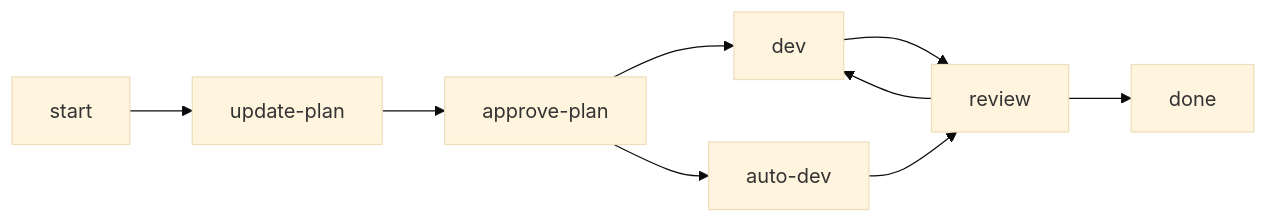
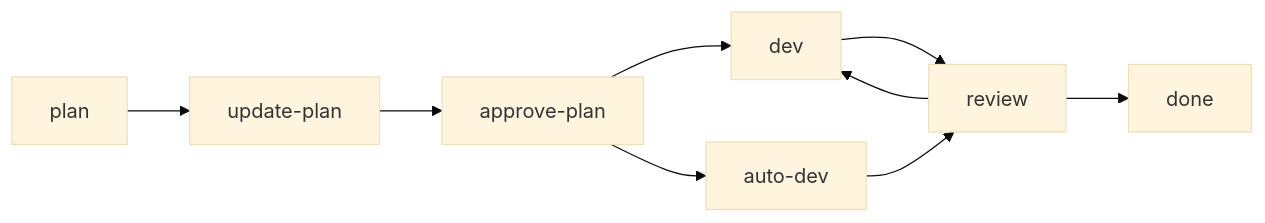
One commit to cryptowizard0/DevFlow changed the third of 3 diagrams in README.md. Above: the diagram before and after it, drawn with Mermaid (base theme). The commit also changed other lines of this file and 2 other files, not shown here.

Commit message:
Rename task entrypoint start to plan

````diff
--- a/README.md
+++ b/README.md
@@ -192,11 +192,11 @@
 ```mermaid
 flowchart LR
-    S["start"] --> P["update-plan"]
+    S["plan"] --> P["update-plan"]
     P --> A["approve-plan"]
     A --> D["dev"]
     A --> AD["auto-dev"]
     D --> R["review"]
     AD --> R
     R --> D
     R --> F["done"]
 ```
````
